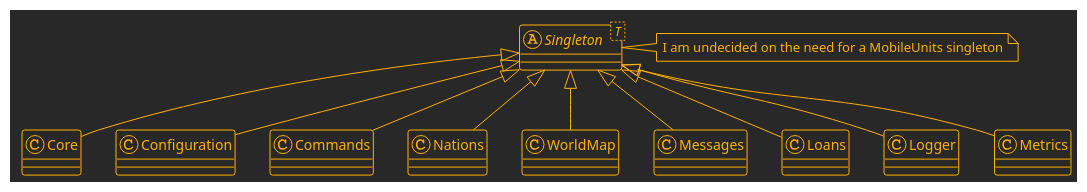
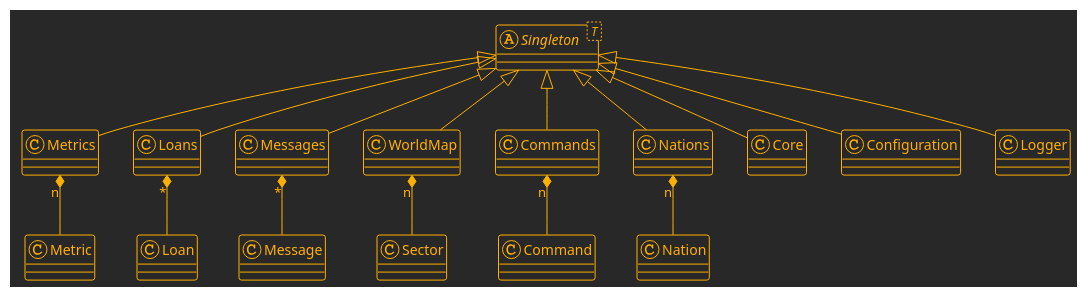
The first of 10 diagrams in DESIGN_CONCEPTS.md (marknelsonengineer/empire), drawn with PlantUML before and after one commit. The commit also changed other lines of this file and 6 other files, not shown here.

```diff
--- a/DESIGN_CONCEPTS.md
+++ b/DESIGN_CONCEPTS.md
@@ -9,31 +9,43 @@
 @startuml
 !theme crt-amber
 top to bottom direction
 
 ' Template-based, abstract Singleton
 abstract class "Singleton< T >" as Singleton {
 }
 
 class Core
 class Configuration
 class Commands
 class Nations
 class WorldMap
 class Messages
 class Loans
 class Logger
 class Metrics
 
+class Nation
+class Command
+class Sector
+class Message
+class Loan
+class Metric
+
 Core          -up-|> Singleton
 Configuration -up-|> Singleton
 Commands      -up-|> Singleton
 Nations       -up-|> Singleton
 WorldMap      -up-|> Singleton
 Messages      -up-|> Singleton
 Loans         -up-|> Singleton
 Logger        -up-|> Singleton
 Metrics       -up-|> Singleton
 
-note right of Singleton: I am undecided on the need for a MobileUnits singleton
+Nation        -up-* "n" Nations
+Command       -up-* "n" Commands
+Sector        -up-* "n" WorldMap
+Message       -up-* "*" Messages
+Loan          -up-* "*" Loans
+Metric        -up-* "n" Metrics
 
 @enduml
```
